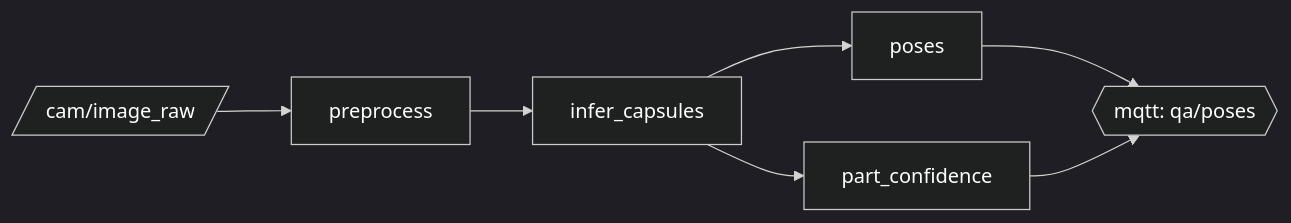
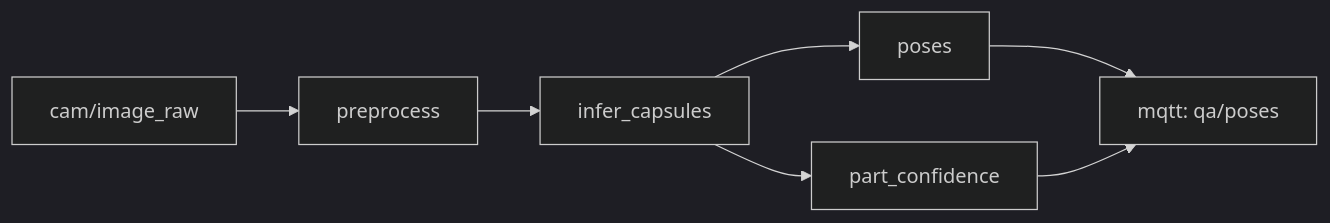
One commit to aurelius-in/RoboCaps changed the second of 6 diagrams in architecture/system_A_FactoryQA/architecture_diagrams.md. Above: the diagram before and after it, drawn with Mermaid. The commit also changed other lines of this file and 3 other files, not shown here.

Commit message:
fix(mermaid): make diagrams GitHub-compatible (labels, theme, font)

````diff
--- a/architecture/system_A_FactoryQA/architecture_diagrams.md
+++ b/architecture/system_A_FactoryQA/architecture_diagrams.md
@@ -23,10 +23,10 @@
 ```mermaid
-%%{init: { 'theme': 'dark', 'themeVariables': { 'background':'#000', 'primaryTextColor':'#FFF', 'textColor':'#FFF', 'fontSize':'16px' }}}%%
+%%{init: { 'theme': 'dark', 'themeVariables': { 'background':'#000000', 'primaryTextColor':'#FFFFFF', 'fontSize':'16px' }}}%%
 flowchart LR
-    CAM[/cam/image_raw/] --> PRE[preprocess]
+    CAM[cam/image_raw] --> PRE[preprocess]
     PRE --> INF[infer_capsules]
     INF --> P[poses]
     INF --> C[part_confidence]
-    P --> OUT{{mqtt: qa/poses}}
+    P --> OUT[mqtt: qa/poses]
     C --> OUT
 ```
````
